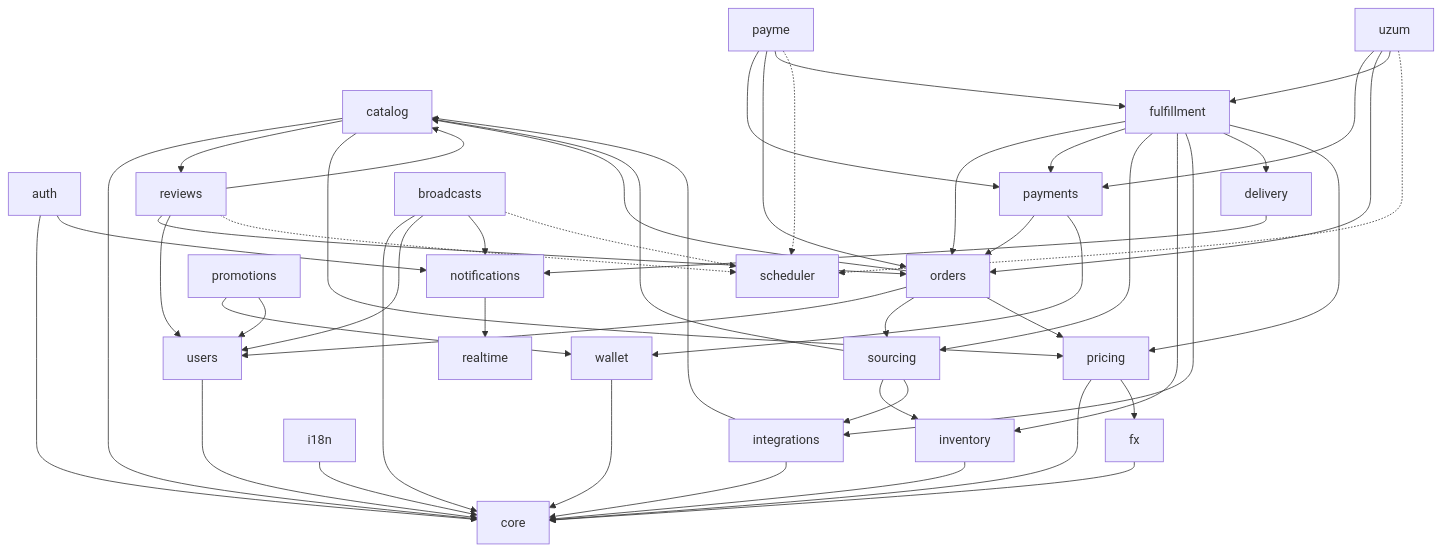
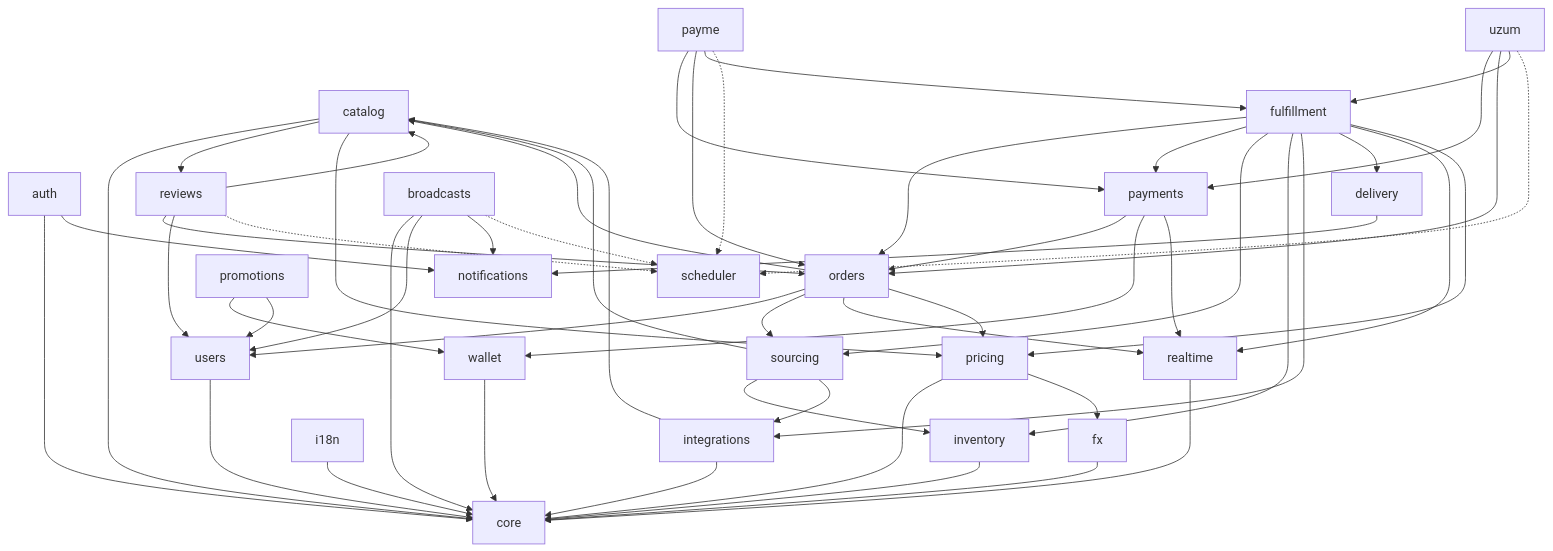
The diagram in docs/architecture/module-map.md (jamaomonov/yupay), drawn with Mermaid before and after one commit. The commit also changed other lines of this file and 7 other files, not shown here.

First line of the commit message:
docs(realtime): module map, ADR-0040, sequence diagram, security notes

````diff
--- a/docs/architecture/module-map.md
+++ b/docs/architecture/module-map.md
@@ -37,56 +37,59 @@
 ```mermaid
 flowchart TB
     auth --> core
     auth --> notifications
     users --> core
     catalog --> core
     inventory --> core
     integrations --> core
     integrations --> catalog
     sourcing --> catalog
     sourcing --> inventory
     sourcing --> integrations
     orders --> catalog
     orders --> users
     orders --> sourcing
     reviews --> catalog
     reviews --> orders
     reviews --> users
     catalog --> reviews
     reviews -.-> scheduler
     payments --> orders
     payments --> wallet
     payme --> payments
     payme --> orders
     payme --> fulfillment
     payme -.-> scheduler
     uzum --> payments
     uzum --> orders
     uzum --> fulfillment
     uzum -.-> scheduler
     click --> payments
     click --> orders
     click -.-> scheduler
     wallet --> core
     promotions --> wallet
     promotions --> users
     fulfillment --> orders
     fulfillment --> payments
     fulfillment --> sourcing
     fulfillment --> inventory
     fulfillment --> integrations
     fulfillment --> delivery
     delivery --> notifications
-    notifications --> realtime
+    orders --> realtime
+    payments --> realtime
+    fulfillment --> realtime
+    realtime --> core
     fx --> core
     pricing --> core
     pricing --> fx
     catalog --> pricing
     orders --> pricing
     fulfillment --> pricing
     i18n --> core
     broadcasts --> core
     broadcasts --> users
     broadcasts --> notifications
     broadcasts -.-> scheduler
 ```
````
